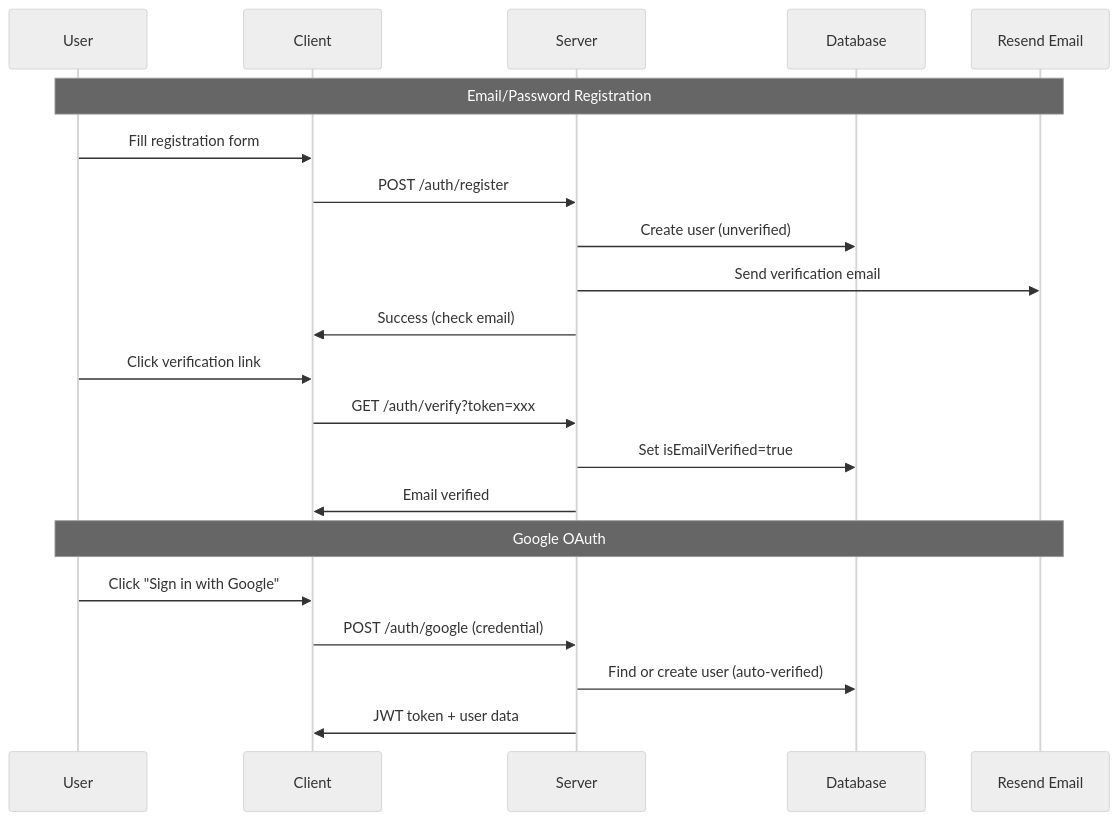
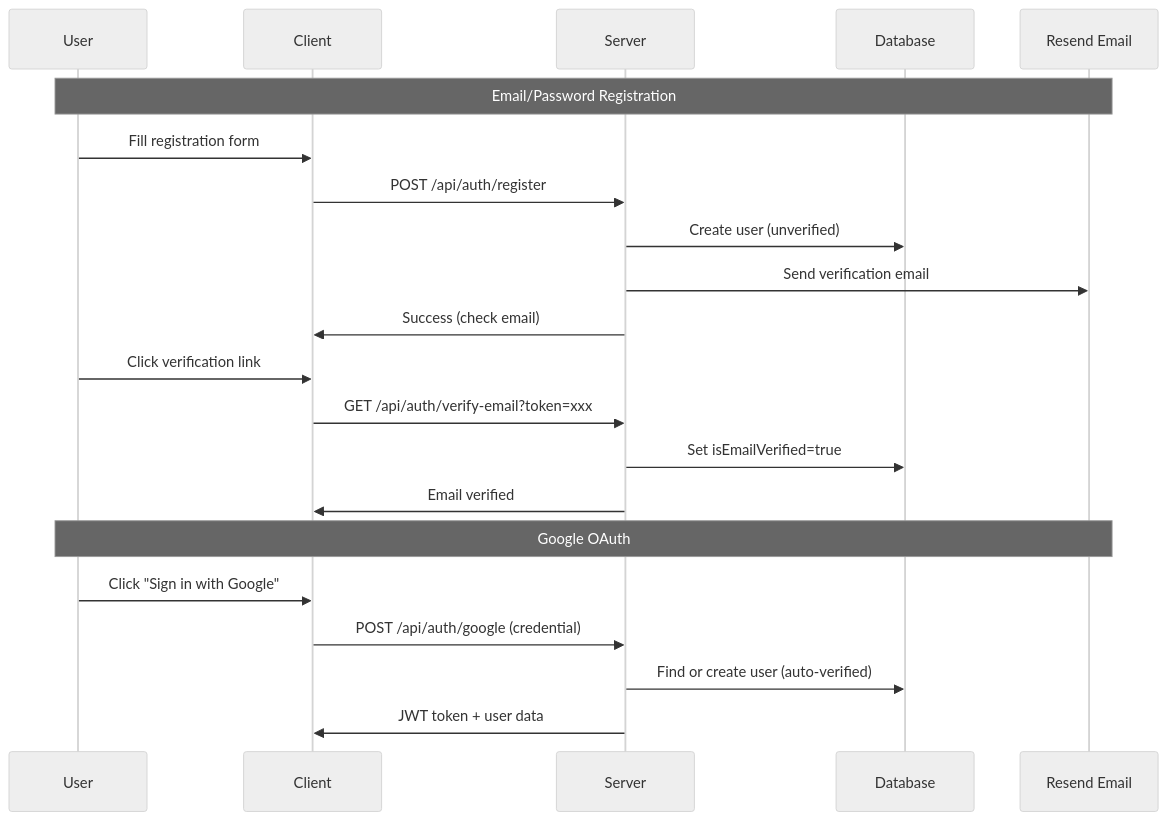
The diagram in AI_DOCS/database_schema.md (Mahmoud-s-Khedr/CV_maker), drawn with Mermaid (neutral theme) before and after one commit. The commit also changed other lines of this file and 58 other files, not shown here.

````diff
--- a/AI_DOCS/database_schema.md
+++ b/AI_DOCS/database_schema.md
@@ -120,25 +179,25 @@
 ```mermaid
 sequenceDiagram
     participant U as User
     participant C as Client
     participant S as Server
     participant DB as Database
     participant E as Resend Email
 
     Note over U,E: Email/Password Registration
     U->>C: Fill registration form
-    C->>S: POST /auth/register
+    C->>S: POST /api/auth/register
     S->>DB: Create user (unverified)
     S->>E: Send verification email
     S->>C: Success (check email)
     U->>C: Click verification link
-    C->>S: GET /auth/verify?token=xxx
+    C->>S: GET /api/auth/verify-email?token=xxx
     S->>DB: Set isEmailVerified=true
     S->>C: Email verified
 
     Note over U,E: Google OAuth
     U->>C: Click "Sign in with Google"
-    C->>S: POST /auth/google (credential)
+    C->>S: POST /api/auth/google (credential)
     S->>DB: Find or create user (auto-verified)
     S->>C: JWT token + user data
 ```
````
